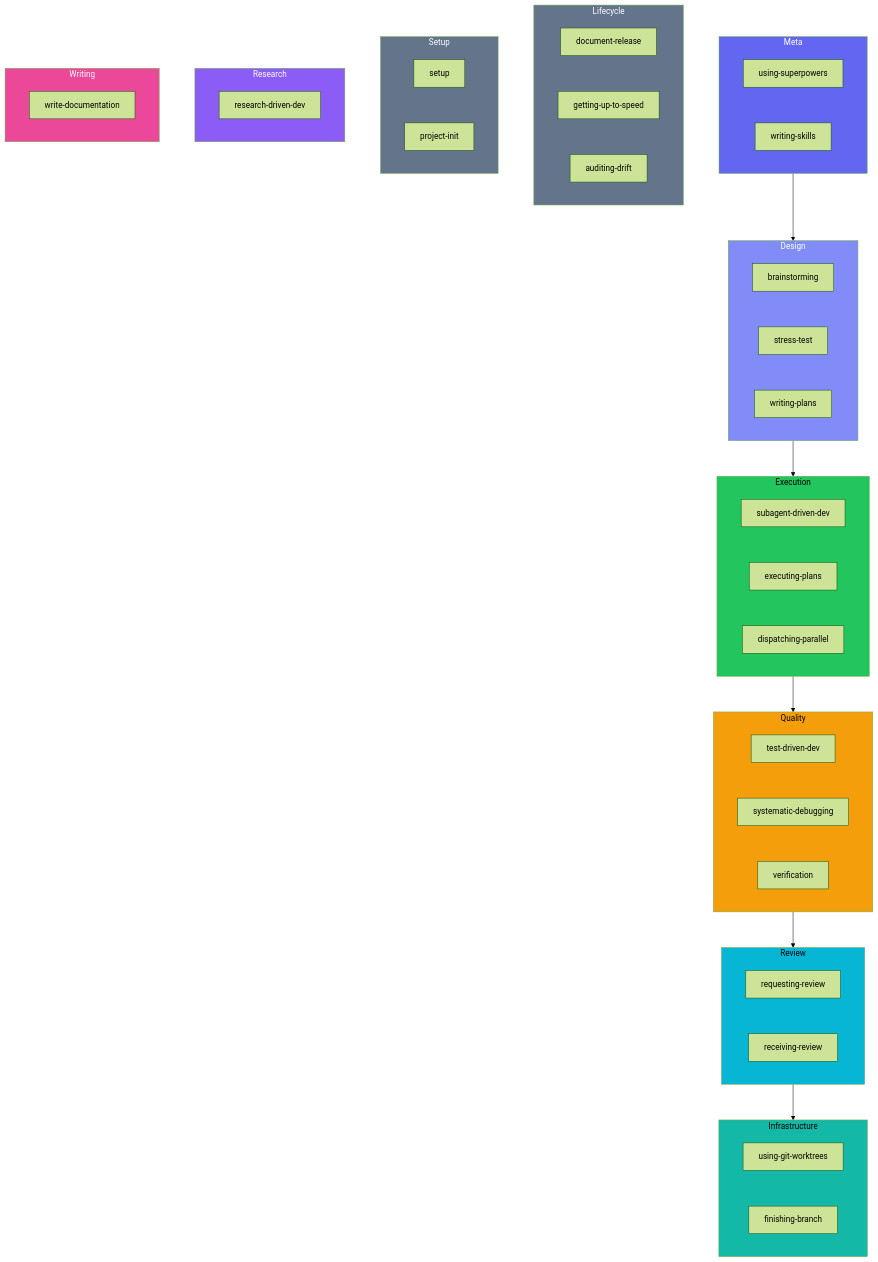
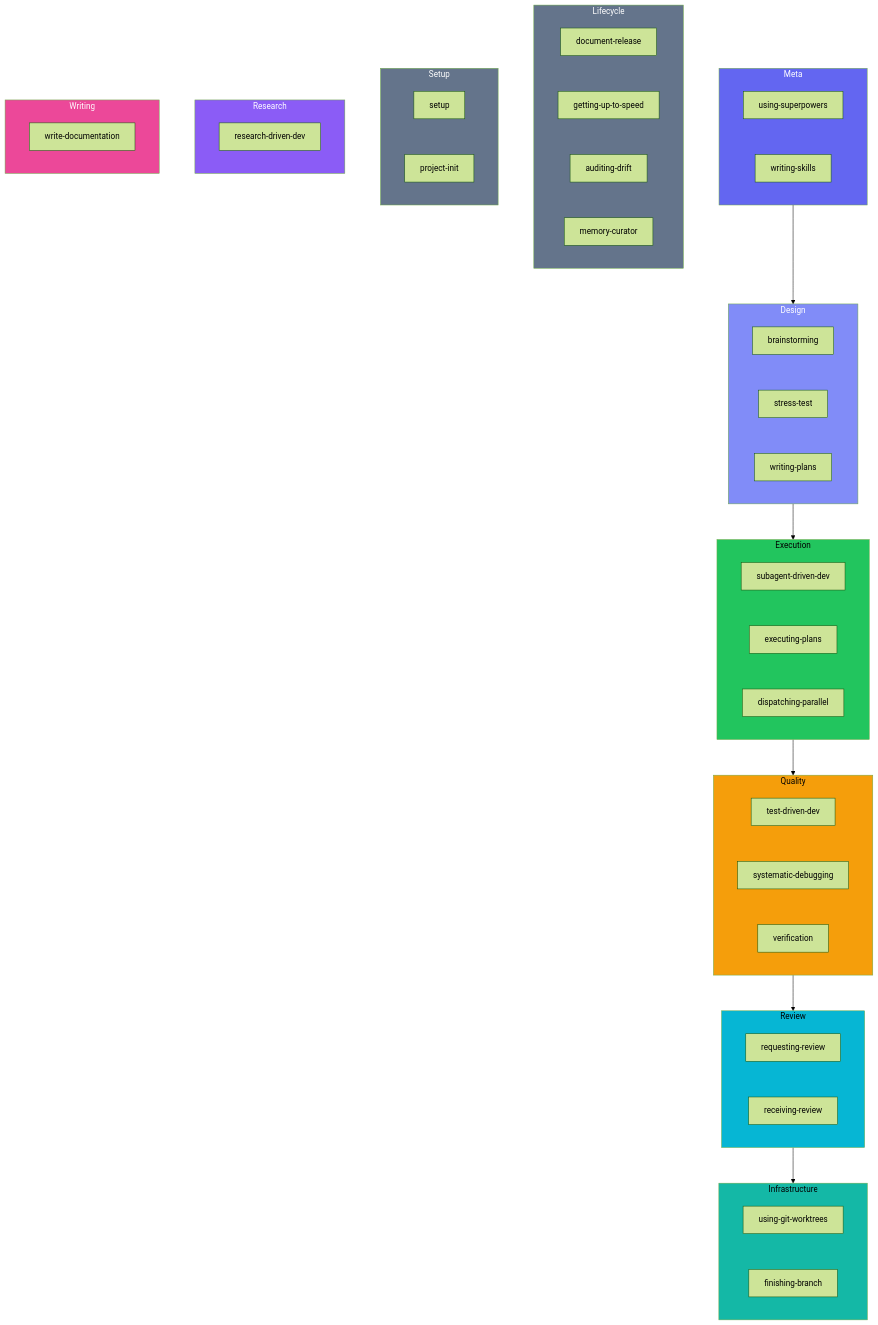
The first of 2 diagrams in docs/skills.zh.md (the-inconvenience-store/beads-superpowers), drawn with Mermaid (forest theme) before and after one commit. The commit also changed other lines of this file and 15 other files, not shown here.

````diff
--- a/docs/skills.zh.md
+++ b/docs/skills.zh.md
@@ -49,68 +50,69 @@
 ```mermaid
 ---
 config:
   flowchart:
     nodeSpacing: 70
     rankSpacing: 70
 ---
 graph TD
   subgraph Meta
     US["using-superpowers"]
     WS["writing-skills"]
   end
   subgraph Design
     BR["brainstorming"]
     STR["stress-test"]
     WP["writing-plans"]
   end
   subgraph Execution
     SDD["subagent-driven-dev"]
     EP["executing-plans"]
     DPA["dispatching-parallel"]
   end
   subgraph Quality
     TDD["test-driven-dev"]
     SD["systematic-debugging"]
     VBC["verification"]
   end
   subgraph Review
     RCR["requesting-review"]
     REC["receiving-review"]
   end
   subgraph Infra ["Infrastructure"]
     WT["using-git-worktrees"]
     FAB["finishing-branch"]
   end
   subgraph Lifecycle
     DR["document-release"]
     GUS["getting-up-to-speed"]
     AUD["auditing-drift"]
+    MC["memory-curator"]
   end
   subgraph Setup
     SET["setup"]
     PI["project-init"]
   end
   subgraph Research
     RDD["research-driven-dev"]
   end
   subgraph Writing
     WD["write-documentation"]
   end
 
   Meta --> Design
   Design --> Execution
   Execution --> Quality
   Quality --> Review
   Review --> Infra
 
   style Meta fill:#6366f1,color:#fff
   style Design fill:#818cf8,color:#fff
   style Execution fill:#22c55e,color:#000
   style Quality fill:#f59e0b,color:#000
   style Review fill:#06b6d4,color:#000
   style Infra fill:#14b8a6,color:#000
   style Lifecycle fill:#64748b,color:#fff
   style Setup fill:#64748b,color:#fff
   style Research fill:#8b5cf6,color:#fff
   style Writing fill:#ec4899,color:#fff
 ```
````
